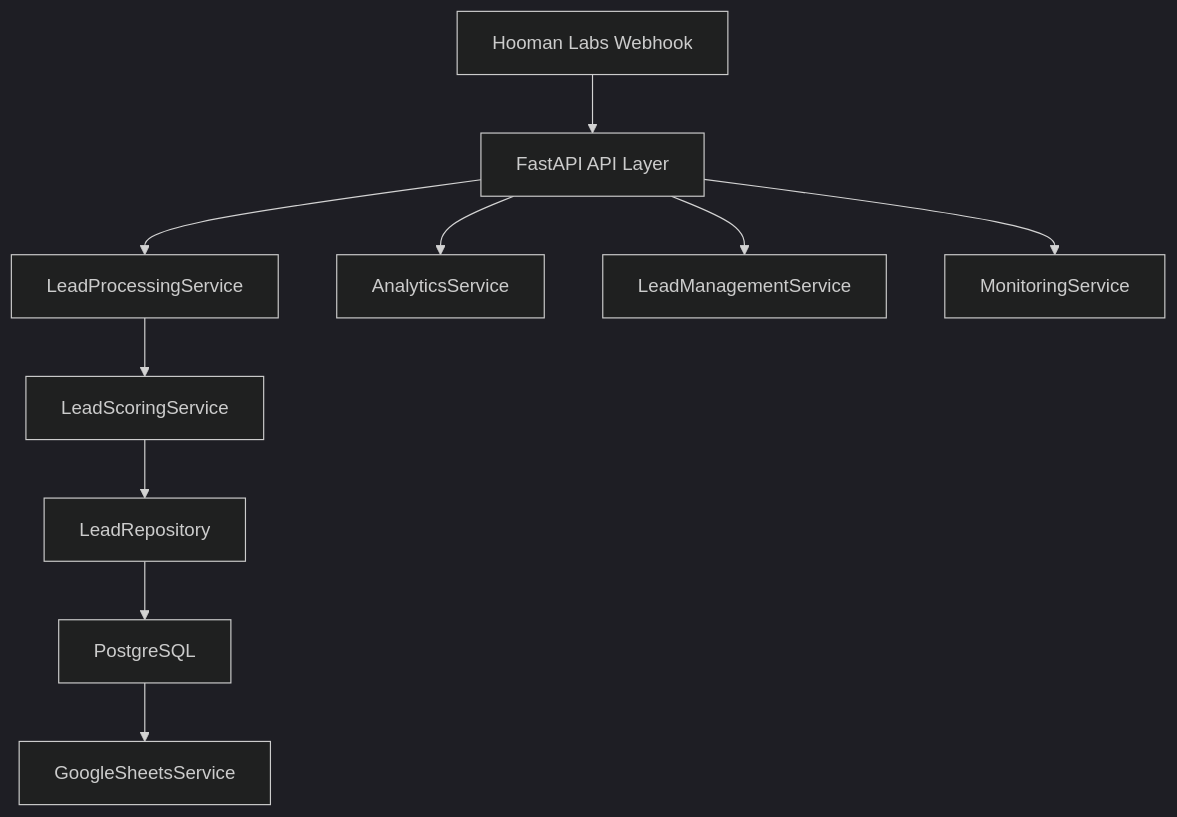
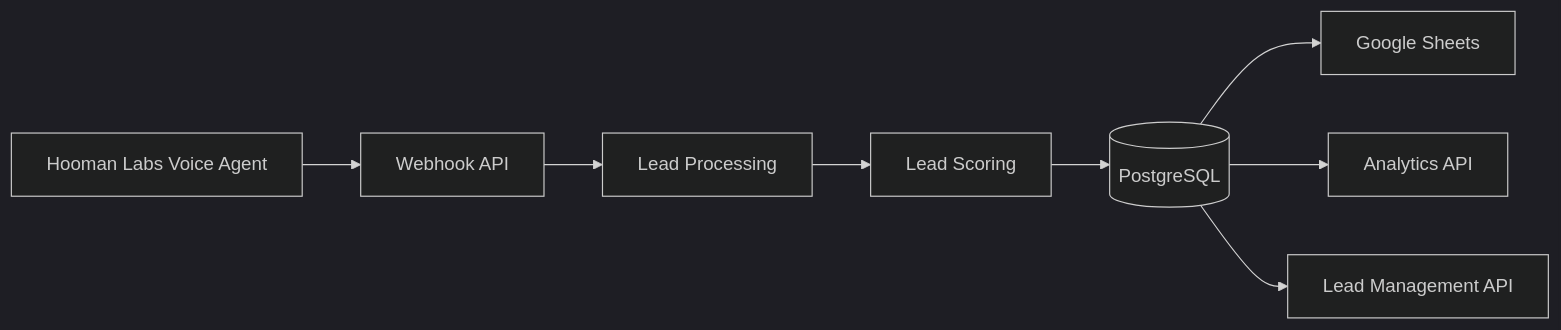
One commit to vivekviv84/TripGenie changed the diagram in README.md. Above: the diagram before and after it, drawn with Mermaid (dark theme). The commit also changed other lines of this file, not shown here.

````diff
--- a/README.md
+++ b/README.md
@@ -29,12 +42,18 @@
 ```mermaid
-flowchart TD
-    A["Hooman Labs Webhook"] --> B["FastAPI API Layer"]
-    B --> C["LeadProcessingService"]
-    C --> D["LeadScoringService"]
-    D --> E["LeadRepository"]
-    E --> F["PostgreSQL"]
-    F --> G["GoogleSheetsService"]
-    B --> H["AnalyticsService"]
-    B --> I["LeadManagementService"]
-    B --> J["MonitoringService"]
+flowchart LR
+
+A[Hooman Labs Voice Agent]
+-->B[Webhook API]
+
+B-->C[Lead Processing]
+
+C-->D[Lead Scoring]
+
+D-->E[(PostgreSQL)]
+
+E-->F[Google Sheets]
+
+E-->G[Analytics API]
+
+E-->H[Lead Management API]
 ```
````
